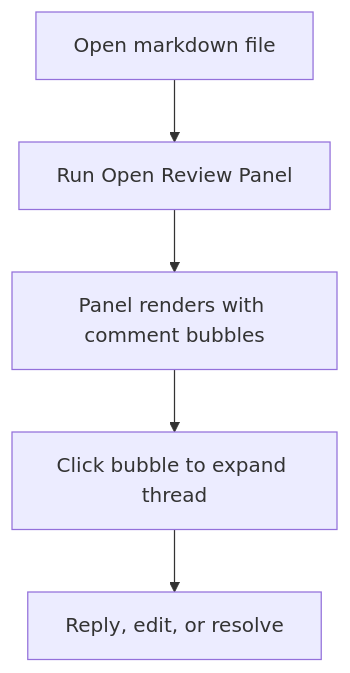
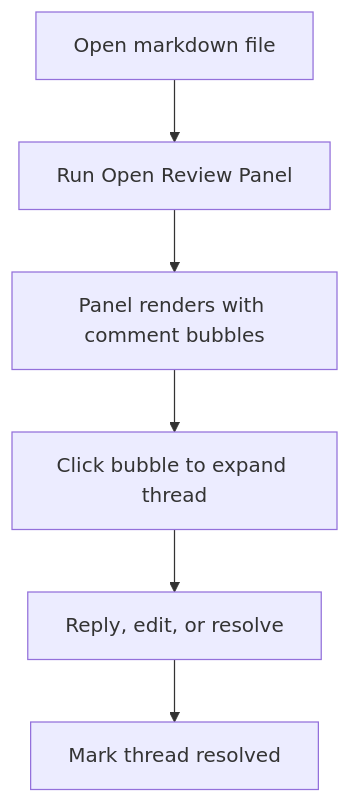
One commit to FrankLedo/markdown-pr-review changed the diagram in test/fixtures/pr-review-test.md. Above: the diagram before and after it, drawn with Mermaid. The commit also changed other lines of this file, not shown here.

````diff
--- a/test/fixtures/pr-review-test.md
+++ b/test/fixtures/pr-review-test.md
@@ -62,7 +64,7 @@
 ```mermaid
 graph TD
     A[Open markdown file] --> B[Run Open Review Panel]
     B --> C[Panel renders with comment bubbles]
     C --> D[Click bubble to expand thread]
-    D --> E[Reply, edit, or resolve]
+    D --> E[Reply, edit, or resolve] --> F[Mark thread resolved]
 ```
````
